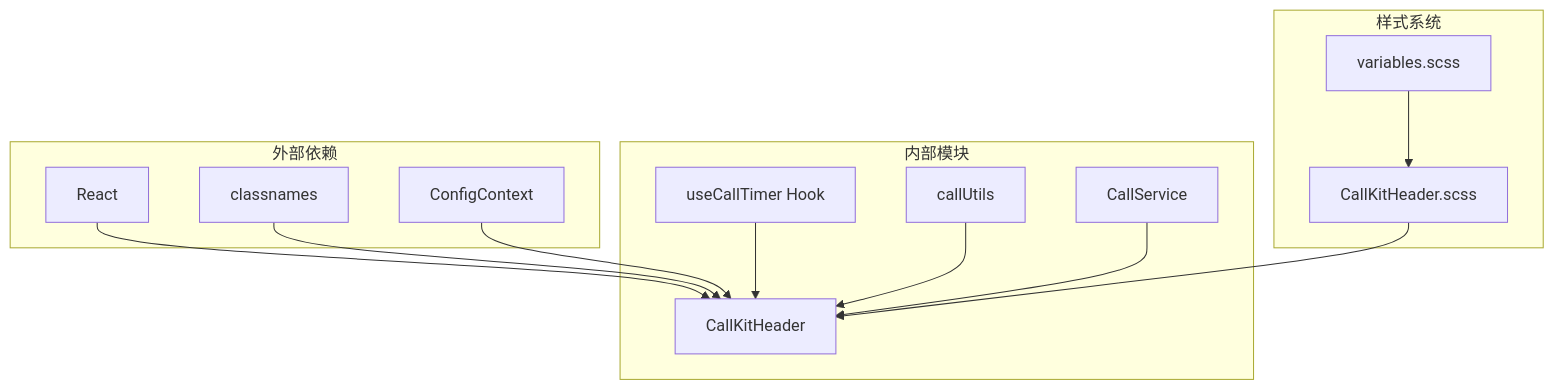
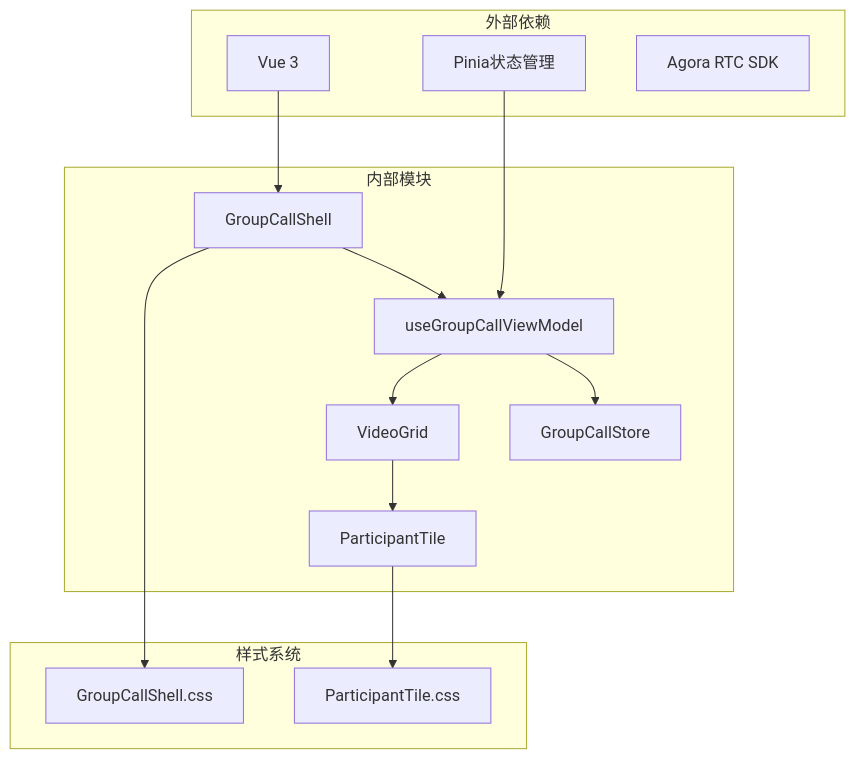
Before and after one commit to Easemob-Community/easemob-uikit-callkit-vue3: the sixth of 7 diagrams in .qoder/repowiki/zh/content/核心组件/群组通话组件/群组通话头部栏.md, drawn with Mermaid. The commit also changed other lines of this file and 54 other files, not shown here.

First line of the commit message:
refactor: 清理废弃代码 + 移出 RtcService 实例 + API 便捷性优化

````diff
--- a/.qoder/repowiki/zh/content/核心组件/群组通话组件/群组通话头部栏.md
+++ b/.qoder/repowiki/zh/content/核心组件/群组通话组件/群组通话头部栏.md
@@ -275,26 +295,27 @@
 ```mermaid
 graph TB
 subgraph "外部依赖"
-React[React]
-ClassNames[classnames]
-ConfigContext[ConfigContext]
+Vue[Vue 3]
+Pinia[Pinia状态管理]
+AgoraRTC[Agora RTC SDK]
 end
 subgraph "内部模块"
-CallKitHeader[CallKitHeader]
-useCallTimer[useCallTimer Hook]
-callUtils[callUtils]
-CallService[CallService]
+GroupCallShell[GroupCallShell]
+useGroupCallViewModel[useGroupCallViewModel]
+GroupCallStore[GroupCallStore]
+VideoGrid[VideoGrid]
+ParticipantTile[ParticipantTile]
 end
 subgraph "样式系统"
-CallKitHeaderSCSS[CallKitHeader.scss]
-variablesSCSS[variables.scss]
+GroupCallShellCSS[GroupCallShell.css]
+ParticipantTileCSS[ParticipantTile.css]
 end
-React --> CallKitHeader
-ClassNames --> CallKitHeader
-ConfigContext --> CallKitHeader
-useCallTimer --> CallKitHeader
-callUtils --> CallKitHeader
-CallService --> CallKitHeader
-CallKitHeaderSCSS --> CallKitHeader
-variablesSCSS --> CallKitHeaderSCSS
+Vue --> GroupCallShell
+Pinia --> useGroupCallViewModel
+useGroupCallViewModel --> GroupCallStore
+GroupCallShell --> useGroupCallViewModel
+useGroupCallViewModel --> VideoGrid
+VideoGrid --> ParticipantTile
+GroupCallShell --> GroupCallShellCSS
+ParticipantTile --> ParticipantTileCSS
 ```
````
